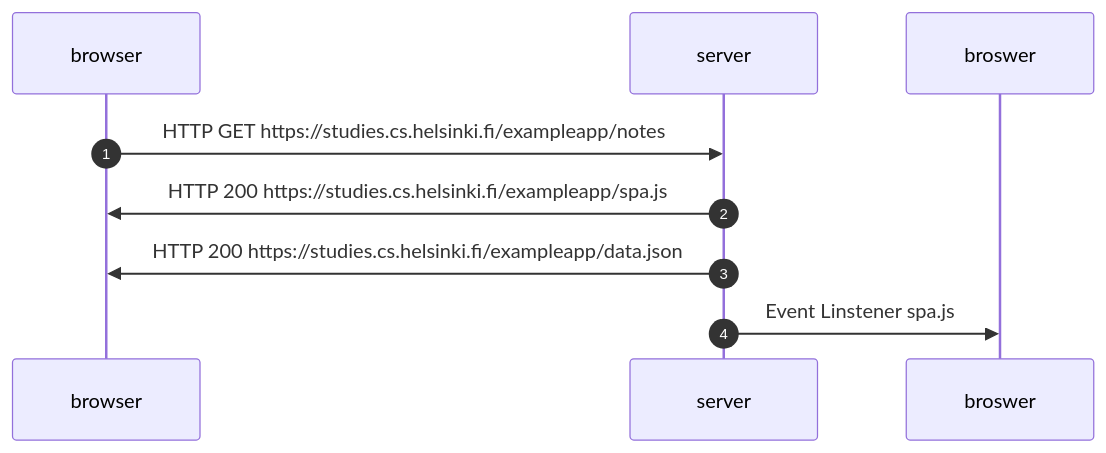
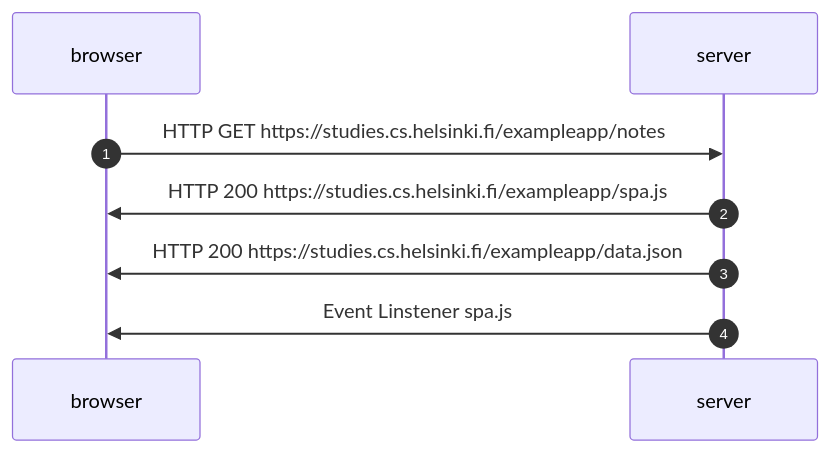
One commit to mrgc71github/fullstack_helsinki changed the second of 3 diagrams in part0/README.md. Above: the diagram before and after it, drawn with Mermaid.

Commit message:
fix: spelling mistakes

````diff
--- a/part0/README.md
+++ b/part0/README.md
@@ -30,11 +30,11 @@
 ```mermaid
 sequenceDiagram
     autonumber
     participant browser
     participant server
 
     browser->>server: HTTP GET https://studies.cs.helsinki.fi/exampleapp/notes
     server->>browser: HTTP 200 https://studies.cs.helsinki.fi/exampleapp/spa.js
     server->>browser: HTTP 200 https://studies.cs.helsinki.fi/exampleapp/data.json
-    server->>broswer: Event Linstener spa.js
+    server->>browser: Event Linstener spa.js
 ```
````
